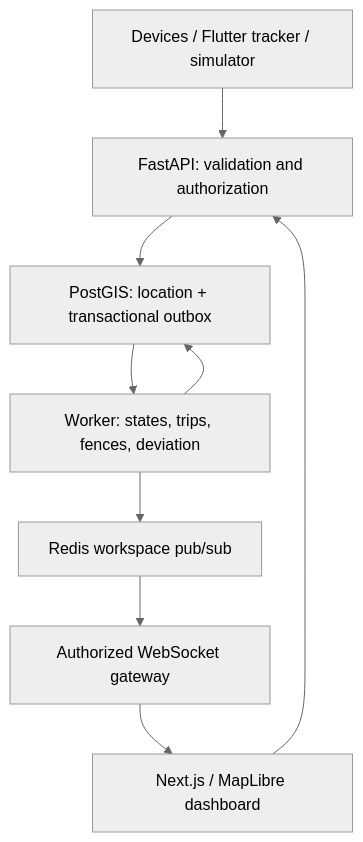
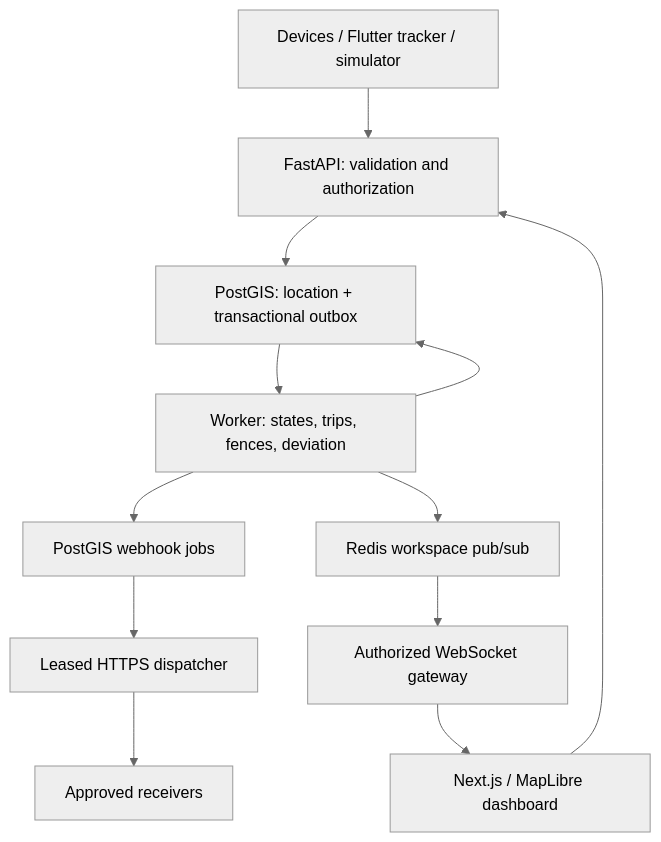
One commit to The-Null-Catchers/GeoPulse changed the diagram in README.md. Above: the diagram before and after it, drawn with Mermaid (neutral theme). The commit also changed other lines of this file and 3 other files, not shown here.

````diff
--- a/README.md
+++ b/README.md
@@ -51,11 +57,14 @@
 ```mermaid
 flowchart TD
   D["Devices / Flutter tracker / simulator"] --> A["FastAPI: validation and authorization"]
   A --> P["PostGIS: location + transactional outbox"]
   P --> W["Worker: states, trips, fences, deviation"]
   W --> P
+  W --> J["PostGIS webhook jobs"]
+  J --> H["Leased HTTPS dispatcher"]
+  H --> X["Approved receivers"]
   W --> R["Redis workspace pub/sub"]
   R --> G["Authorized WebSocket gateway"]
   G --> U["Next.js / MapLibre dashboard"]
   U --> A
 ```
````
